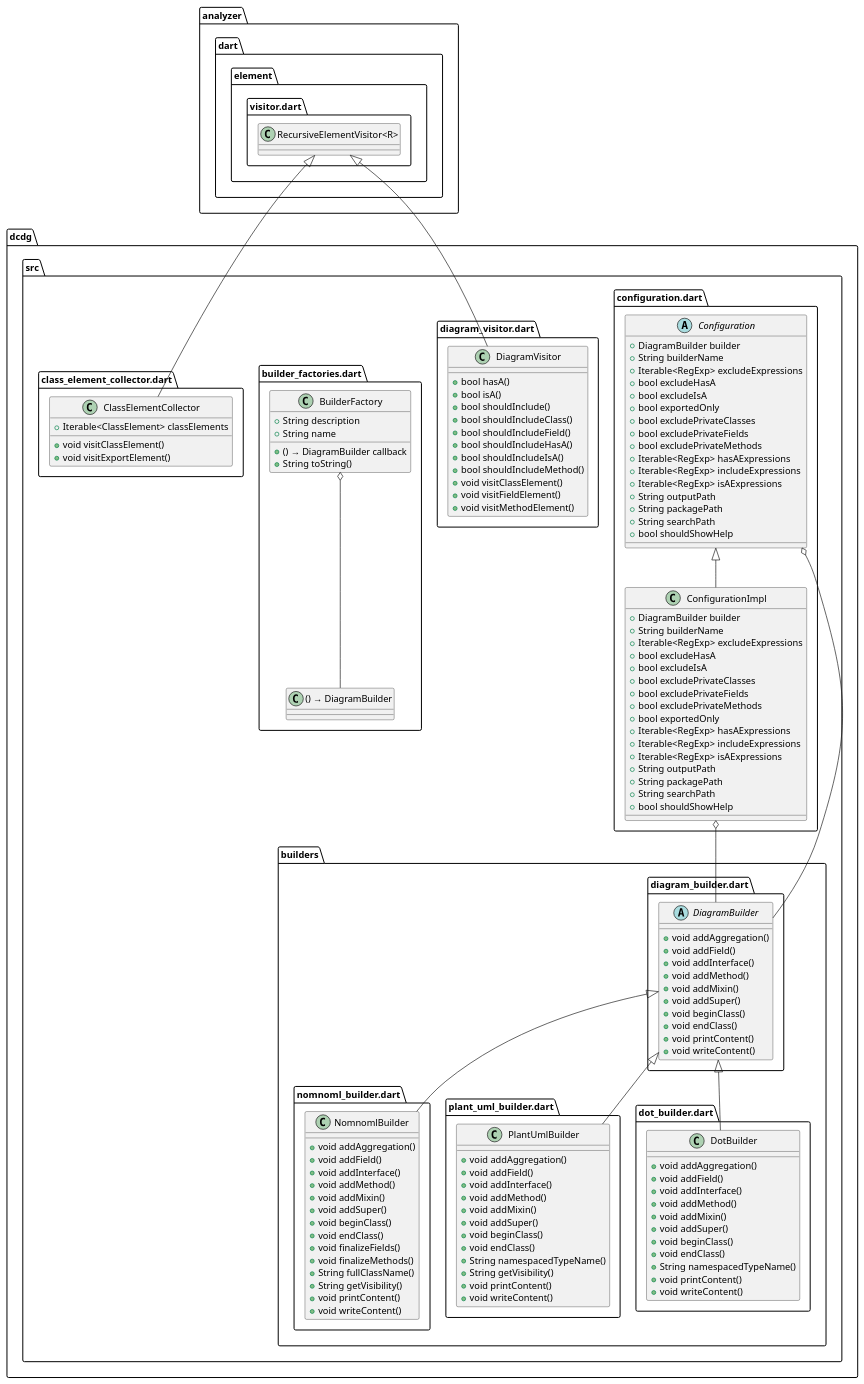
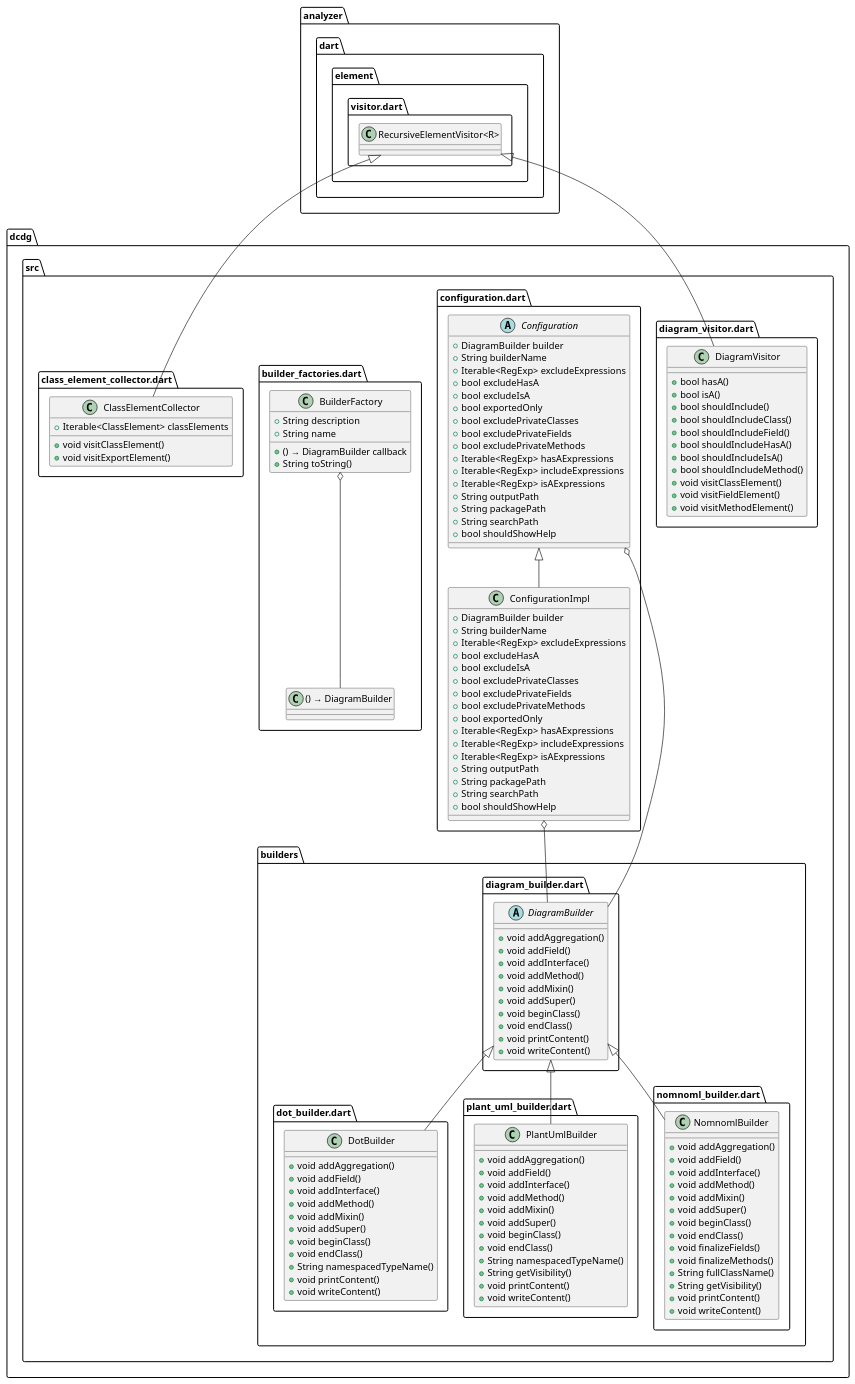
One commit to glesica/dcdg.dart changed the diagram in example/dcdg.puml. Above: the diagram before and after it, drawn with PlantUML. The commit also changed other lines of this file and 11 other files, not shown here.

```diff
--- a/example/dcdg.puml
+++ b/example/dcdg.puml
@@ -1,146 +1,146 @@
 @startuml
 set namespaceSeparator ::
+
+class "dcdg::src::diagram_visitor.dart::DiagramVisitor" {
+  +bool hasA()
+  +bool isA()
+  +bool shouldInclude()
+  +bool shouldIncludeClass()
+  +bool shouldIncludeField()
+  +bool shouldIncludeHasA()
+  +bool shouldIncludeIsA()
+  +bool shouldIncludeMethod()
+  +void visitClassElement()
+  +void visitFieldElement()
+  +void visitMethodElement()
+}
+
+"analyzer::dart::element::visitor.dart::RecursiveElementVisitor<R>" <|-- "dcdg::src::diagram_visitor.dart::DiagramVisitor"
+
+class "dcdg::src::builders::dot_builder.dart::DotBuilder" {
+  +void addAggregation()
+  +void addField()
+  +void addInterface()
+  +void addMethod()
+  +void addMixin()
+  +void addSuper()
+  +void beginClass()
+  +void endClass()
+  +String namespacedTypeName()
+  +void printContent()
+  +void writeContent()
+}
+
+"dcdg::src::builders::diagram_builder.dart::DiagramBuilder" <|-- "dcdg::src::builders::dot_builder.dart::DotBuilder"
+
+class "dcdg::src::builders::plant_uml_builder.dart::PlantUmlBuilder" {
+  +void addAggregation()
+  +void addField()
+  +void addInterface()
+  +void addMethod()
+  +void addMixin()
+  +void addSuper()
+  +void beginClass()
+  +void endClass()
+  +String namespacedTypeName()
+  +String getVisibility()
+  +void printContent()
+  +void writeContent()
+}
+
+"dcdg::src::builders::diagram_builder.dart::DiagramBuilder" <|-- "dcdg::src::builders::plant_uml_builder.dart::PlantUmlBuilder"
+
+abstract class "dcdg::src::builders::diagram_builder.dart::DiagramBuilder" {
+  +void addAggregation()
+  +void addField()
+  +void addInterface()
+  +void addMethod()
+  +void addMixin()
+  +void addSuper()
+  +void beginClass()
+  +void endClass()
+  +void printContent()
+  +void writeContent()
+}
+
+class "dcdg::src::builders::nomnoml_builder.dart::NomnomlBuilder" {
+  +void addAggregation()
+  +void addField()
+  +void addInterface()
+  +void addMethod()
+  +void addMixin()
+  +void addSuper()
+  +void beginClass()
+  +void endClass()
+  +void finalizeFields()
+  +void finalizeMethods()
+  +String fullClassName()
+  +String getVisibility()
+  +void printContent()
+  +void writeContent()
+}
+
+"dcdg::src::builders::diagram_builder.dart::DiagramBuilder" <|-- "dcdg::src::builders::nomnoml_builder.dart::NomnomlBuilder"
 
 abstract class "dcdg::src::configuration.dart::Configuration" {
   +DiagramBuilder builder
   +String builderName
   +Iterable<RegExp> excludeExpressions
   +bool excludeHasA
   +bool excludeIsA
   +bool exportedOnly
   +bool excludePrivateClasses
   +bool excludePrivateFields
   +bool excludePrivateMethods
   +Iterable<RegExp> hasAExpressions
   +Iterable<RegExp> includeExpressions
   +Iterable<RegExp> isAExpressions
   +String outputPath
   +String packagePath
   +String searchPath
   +bool shouldShowHelp
 }
 
 "dcdg::src::configuration.dart::Configuration" o-- "dcdg::src::builders::diagram_builder.dart::DiagramBuilder"
 
 class "dcdg::src::configuration.dart::ConfigurationImpl" {
   +DiagramBuilder builder
   +String builderName
   +Iterable<RegExp> excludeExpressions
   +bool excludeHasA
   +bool excludeIsA
   +bool excludePrivateClasses
   +bool excludePrivateFields
   +bool excludePrivateMethods
   +bool exportedOnly
   +Iterable<RegExp> hasAExpressions
   +Iterable<RegExp> includeExpressions
   +Iterable<RegExp> isAExpressions
   +String outputPath
   +String packagePath
   +String searchPath
   +bool shouldShowHelp
 }
 
 "dcdg::src::configuration.dart::ConfigurationImpl" o-- "dcdg::src::builders::diagram_builder.dart::DiagramBuilder"
 "dcdg::src::configuration.dart::Configuration" <|-- "dcdg::src::configuration.dart::ConfigurationImpl"
 
-class "dcdg::src::diagram_visitor.dart::DiagramVisitor" {
-  +bool hasA()
-  +bool isA()
-  +bool shouldInclude()
-  +bool shouldIncludeClass()
-  +bool shouldIncludeField()
-  +bool shouldIncludeHasA()
-  +bool shouldIncludeIsA()
-  +bool shouldIncludeMethod()
-  +void visitClassElement()
-  +void visitFieldElement()
-  +void visitMethodElement()
-}
-
-"analyzer::dart::element::visitor.dart::RecursiveElementVisitor<R>" <|-- "dcdg::src::diagram_visitor.dart::DiagramVisitor"
-
-class "dcdg::src::builders::nomnoml_builder.dart::NomnomlBuilder" {
-  +void addAggregation()
-  +void addField()
-  +void addInterface()
-  +void addMethod()
-  +void addMixin()
-  +void addSuper()
-  +void beginClass()
-  +void endClass()
-  +void finalizeFields()
-  +void finalizeMethods()
-  +String fullClassName()
-  +String getVisibility()
-  +void printContent()
-  +void writeContent()
-}
-
-"dcdg::src::builders::diagram_builder.dart::DiagramBuilder" <|-- "dcdg::src::builders::nomnoml_builder.dart::NomnomlBuilder"
-
-class "dcdg::src::builders::plant_uml_builder.dart::PlantUmlBuilder" {
-  +void addAggregation()
-  +void addField()
-  +void addInterface()
-  +void addMethod()
-  +void addMixin()
-  +void addSuper()
-  +void beginClass()
-  +void endClass()
-  +String namespacedTypeName()
-  +String getVisibility()
-  +void printContent()
-  +void writeContent()
-}
-
-"dcdg::src::builders::diagram_builder.dart::DiagramBuilder" <|-- "dcdg::src::builders::plant_uml_builder.dart::PlantUmlBuilder"
-
-class "dcdg::src::builders::dot_builder.dart::DotBuilder" {
-  +void addAggregation()
-  +void addField()
-  +void addInterface()
-  +void addMethod()
-  +void addMixin()
-  +void addSuper()
-  +void beginClass()
-  +void endClass()
-  +String namespacedTypeName()
-  +void printContent()
-  +void writeContent()
-}
-
-"dcdg::src::builders::diagram_builder.dart::DiagramBuilder" <|-- "dcdg::src::builders::dot_builder.dart::DotBuilder"
-
-abstract class "dcdg::src::builders::diagram_builder.dart::DiagramBuilder" {
-  +void addAggregation()
-  +void addField()
-  +void addInterface()
-  +void addMethod()
-  +void addMixin()
-  +void addSuper()
-  +void beginClass()
-  +void endClass()
-  +void printContent()
-  +void writeContent()
-}
-
 class "dcdg::src::builder_factories.dart::BuilderFactory" {
   +() → DiagramBuilder callback
   +String description
   +String name
   +String toString()
 }
 
 "dcdg::src::builder_factories.dart::BuilderFactory" o-- "dcdg::src::builder_factories.dart::() → DiagramBuilder"
 
 class "dcdg::src::class_element_collector.dart::ClassElementCollector" {
   +Iterable<ClassElement> classElements
   +void visitClassElement()
   +void visitExportElement()
 }
 
 "analyzer::dart::element::visitor.dart::RecursiveElementVisitor<R>" <|-- "dcdg::src::class_element_collector.dart::ClassElementCollector"
 
 
 @enduml
```
